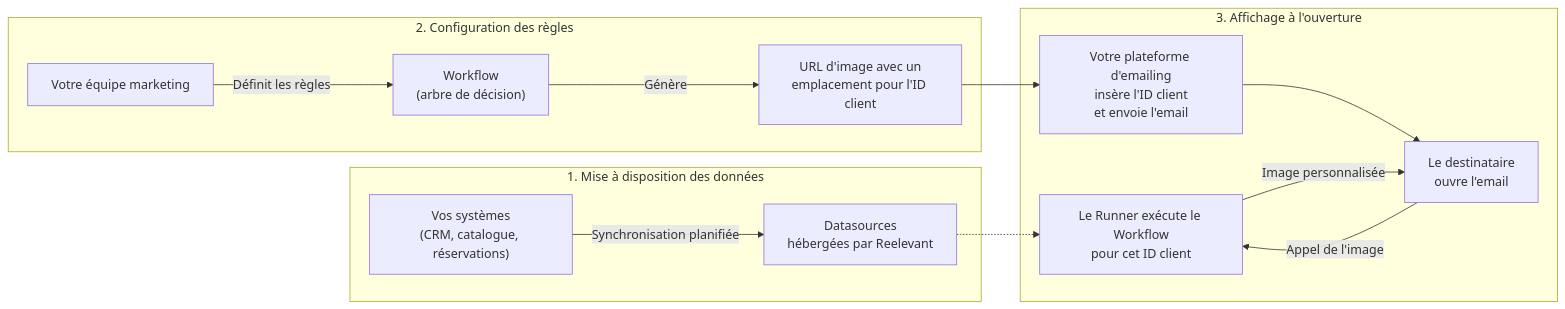
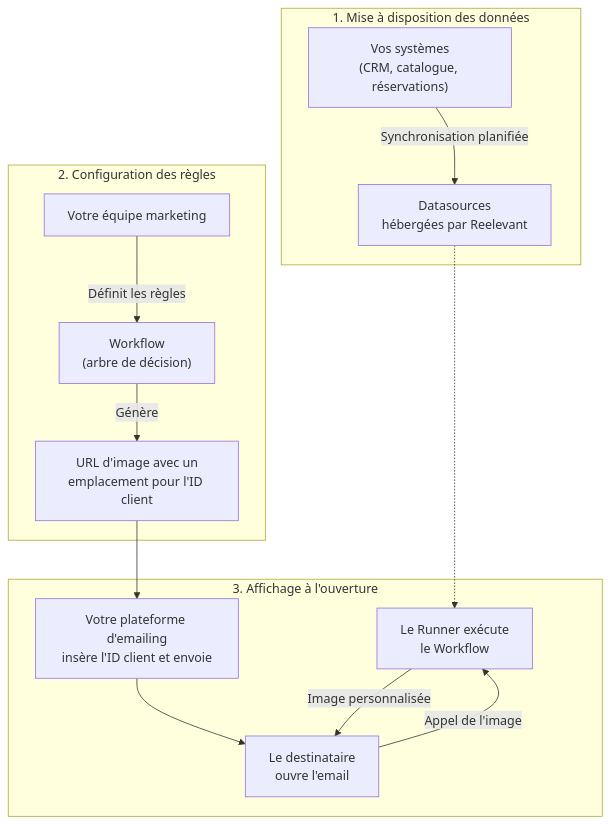
Before and after one commit to reelevant-tech/product-documentation: the first of 4 diagrams in fr/why-reelevant/data-protection/overview.mdx, drawn with Mermaid. The commit also changed other lines of this file and 3 other files, not shown here.

Commit message:
docs(why-reelevant): make DPO diagrams vertical and shorten labels for readability

````diff
--- a/fr/why-reelevant/data-protection/overview.mdx
+++ b/fr/why-reelevant/data-protection/overview.mdx
@@ -21,17 +21,18 @@
 ```mermaid
-flowchart LR
+flowchart TB
     subgraph P1["1. Mise à disposition des données"]
         CRM["Vos systèmes<br/>(CRM, catalogue, réservations)"] -->|"Synchronisation planifiée"| DS["Datasources<br/>hébergées par Reelevant"]
     end
     subgraph P2["2. Configuration des règles"]
         MKT["Votre équipe marketing"] -->|"Définit les règles"| WF["Workflow<br/>(arbre de décision)"]
         WF -->|"Génère"| URL["URL d'image avec un<br/>emplacement pour l'ID client"]
     end
     subgraph P3["3. Affichage à l'ouverture"]
-        ESP["Votre plateforme d'emailing<br/>insère l'ID client<br/>et envoie l'email"] --> OPEN["Le destinataire<br/>ouvre l'email"]
-        OPEN -->|"Appel de l'image"| RUN["Le Runner exécute le Workflow<br/>pour cet ID client"]
+        ESP["Votre plateforme d'emailing<br/>insère l'ID client et envoie"] --> OPEN["Le destinataire<br/>ouvre l'email"]
+        OPEN -->|"Appel de l'image"| RUN["Le Runner exécute<br/>le Workflow"]
         RUN -->|"Image personnalisée"| OPEN
     end
+    P1 ~~~ P2
     DS -.-> RUN
     URL --> ESP
 ```
````
